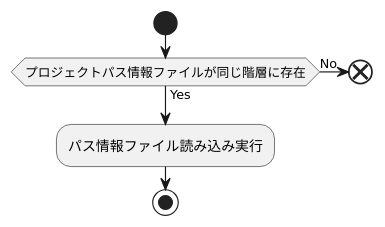
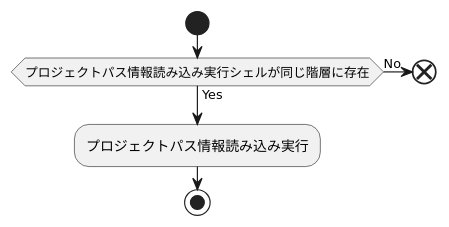
The first of 4 diagrams in doc/01_設計/011301_共通処理.md (take4bcreators/cafe-train-prj), drawn with PlantUML before and after one commit. The commit also changed other lines of this file and 10 other files, not shown here.

````diff
--- a/doc/01_設計/011301_共通処理.md
+++ b/doc/01_設計/011301_共通処理.md
@@ -9,9 +9,9 @@
 ```plantuml
 start
-if (プロジェクトパス情報ファイルが同じ階層に存在) then (Yes)
+if (プロジェクトパス情報読み込み実行シェルが同じ階層に存在) then (Yes)
 else (No)
     end
 endif
-:パス情報ファイル読み込み実行;
+:プロジェクトパス情報読み込み実行;
 stop
 ```
````
